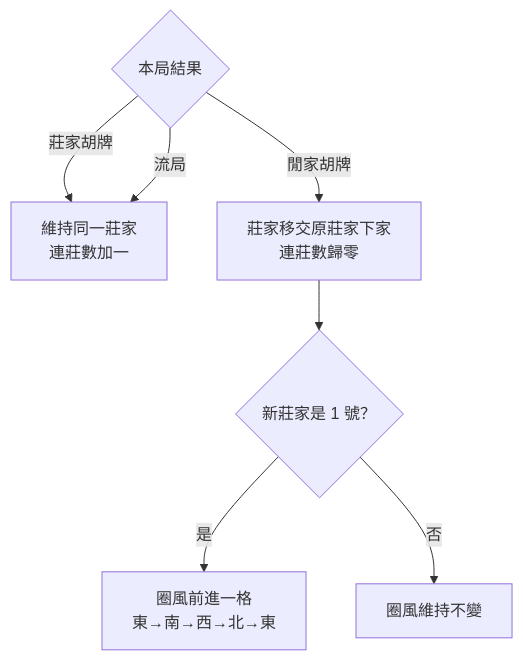
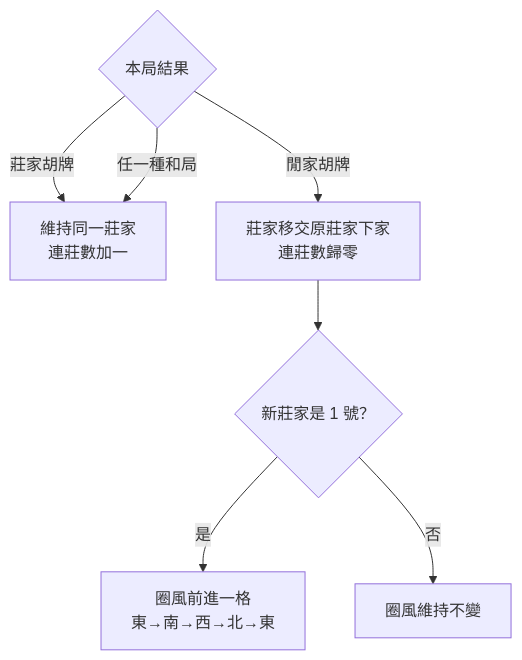
Before and after one commit to gjchentw/go-qkmj: the second of 2 diagrams in openspec/specs/rules/match-progression/spec.md, drawn with Mermaid. The commit also changed other lines of this file and 32 other files, not shown here.

````diff
--- a/openspec/specs/rules/match-progression/spec.md
+++ b/openspec/specs/rules/match-progression/spec.md
@@ -37,9 +37,9 @@
 ```mermaid
 flowchart TD
   R{"本局結果"} -->|"莊家胡牌"| K["維持同一莊家\n連莊數加一"]
-  R -->|"流局"| K
+  R -->|"任一種和局"| K
   R -->|"閒家胡牌"| N["莊家移交原莊家下家\n連莊數歸零"]
   N --> W{"新莊家是 1 號？"}
   W -->|"是"| P["圈風前進一格\n東→南→西→北→東"]
   W -->|"否"| S["圈風維持不變"]
 ```
````
